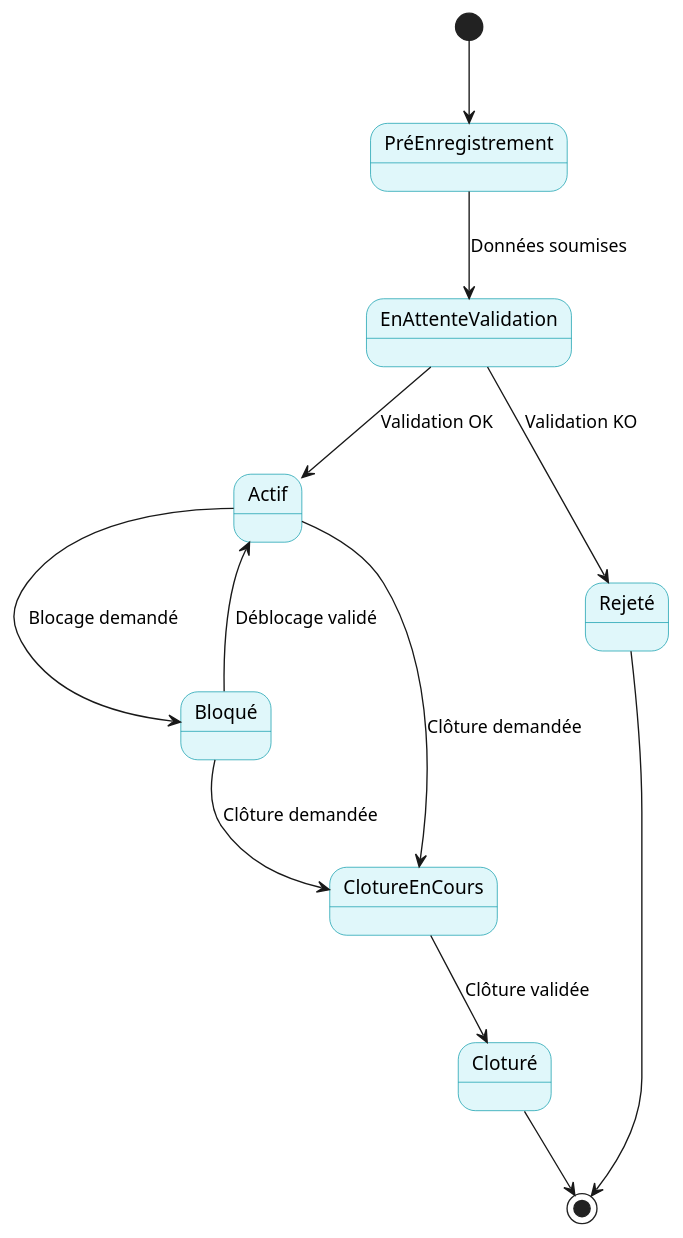
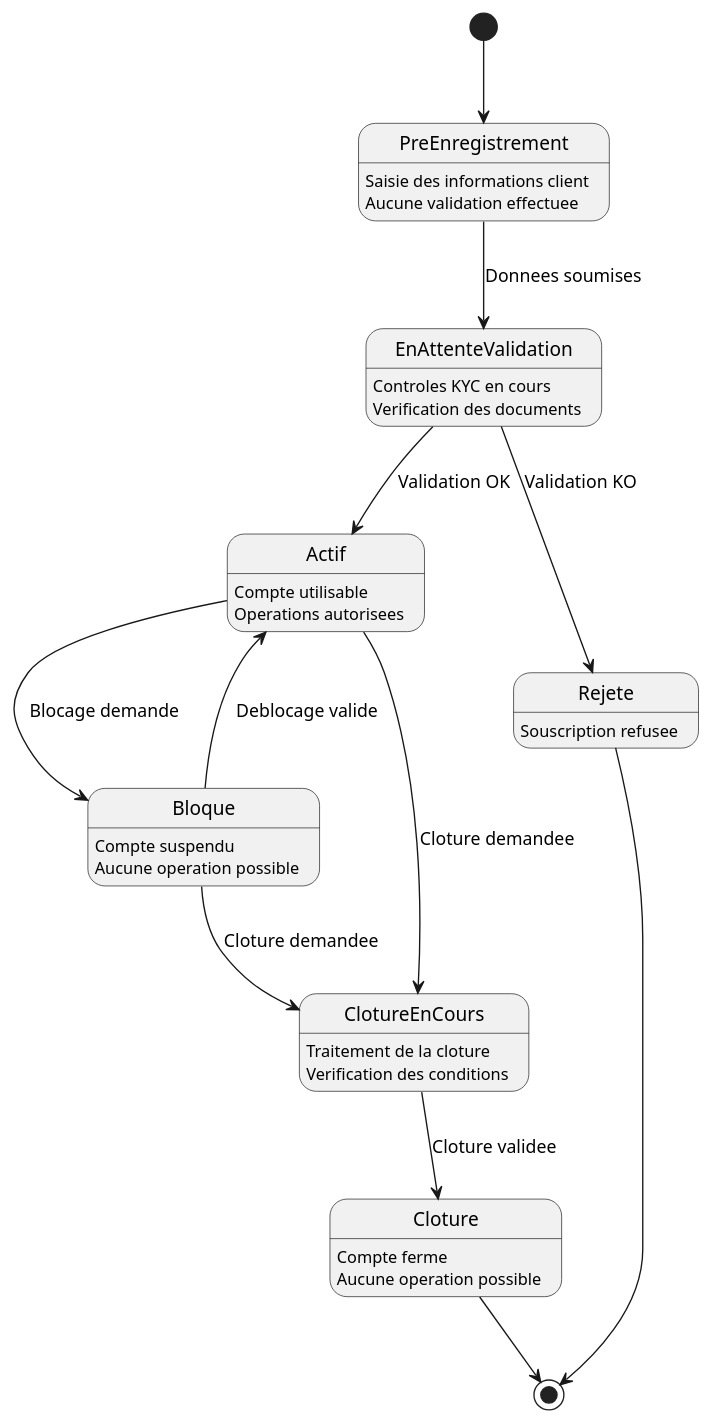
The diagram in KYC DIGRAMME D'ETAT/DiagrammeEtat.puml (caranvalis/diagramePlantUml), drawn with PlantUML before and after one commit. The commit also changed 4 other files, not shown here.

```diff
--- a/KYC DIGRAMME D'ETAT/DiagrammeEtat.puml
+++ b/KYC DIGRAMME D'ETAT/DiagrammeEtat.puml
@@ -1,23 +1,38 @@
-@startuml DiagrammeEtatCompte
-skinparam state {
-    BackgroundColor #E0F7FA
-    BorderColor #0097A7
-}
+@startuml DiagrammeEtatKYC
+hide empty description
 
-[*] --> PréEnregistrement
+[*] --> PreEnregistrement
+PreEnregistrement : Saisie des informations client
+PreEnregistrement : Aucune validation effectuee
 
-PréEnregistrement --> EnAttenteValidation : Données soumises
+PreEnregistrement --> EnAttenteValidation : Donnees soumises
+EnAttenteValidation : Controles KYC en cours
+EnAttenteValidation : Verification des documents
+
 EnAttenteValidation --> Actif : Validation OK
-EnAttenteValidation --> Rejeté : Validation KO
+EnAttenteValidation --> Rejete : Validation KO
 
-Actif --> Bloqué : Blocage demandé
-Bloqué --> Actif : Déblocage validé
-Actif --> ClotureEnCours : Clôture demandée
-Bloqué --> ClotureEnCours : Clôture demandée
+Actif : Compte utilisable
+Actif : Operations autorisees
 
-ClotureEnCours --> Cloturé : Clôture validée
+Actif --> Bloque : Blocage demande
+Bloque : Compte suspendu
+Bloque : Aucune operation possible
 
-Rejeté --> [*]
-Cloturé --> [*]
+Bloque --> Actif : Deblocage valide
+Actif --> ClotureEnCours : Cloture demandee
+Bloque --> ClotureEnCours : Cloture demandee
+
+ClotureEnCours : Traitement de la cloture
+ClotureEnCours : Verification des conditions
+
+ClotureEnCours --> Cloture : Cloture validee
+Cloture : Compte ferme
+Cloture : Aucune operation possible
+
+Rejete : Souscription refusee
+
+Rejete --> [*]
+Cloture --> [*]
 
 @enduml
```
